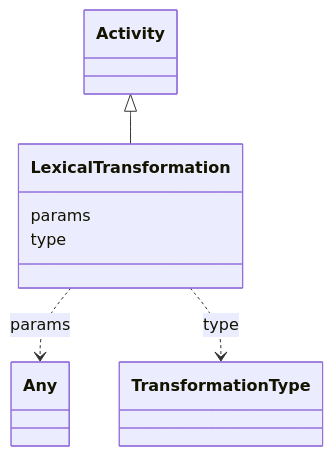
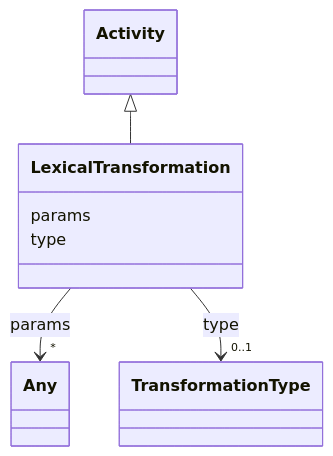
One commit to INCATools/ontology-access-kit changed the diagram in docs/datamodels/lexical-index/LexicalTransformation.md. Above: the diagram before and after it, drawn with Mermaid. The commit also changed other lines of this file and 539 other files, not shown here.

````diff
--- a/docs/datamodels/lexical-index/LexicalTransformation.md
+++ b/docs/datamodels/lexical-index/LexicalTransformation.md
@@ -11,15 +19,27 @@
 ```{mermaid}
  classDiagram
     class LexicalTransformation
+    click LexicalTransformation href "../LexicalTransformation"
       Activity <|-- LexicalTransformation
+        click Activity href "../Activity"
       
       LexicalTransformation : params
         
-          LexicalTransformation ..> Any : params
+          
+    
+    
+    LexicalTransformation --> "*" Any : params
+    click Any href "../Any"
+
         
       LexicalTransformation : type
         
-          LexicalTransformation ..> TransformationType : type
+          
+    
+    
+    LexicalTransformation --> "0..1" TransformationType : type
+    click TransformationType href "../TransformationType"
+
         
       
 ```
````
